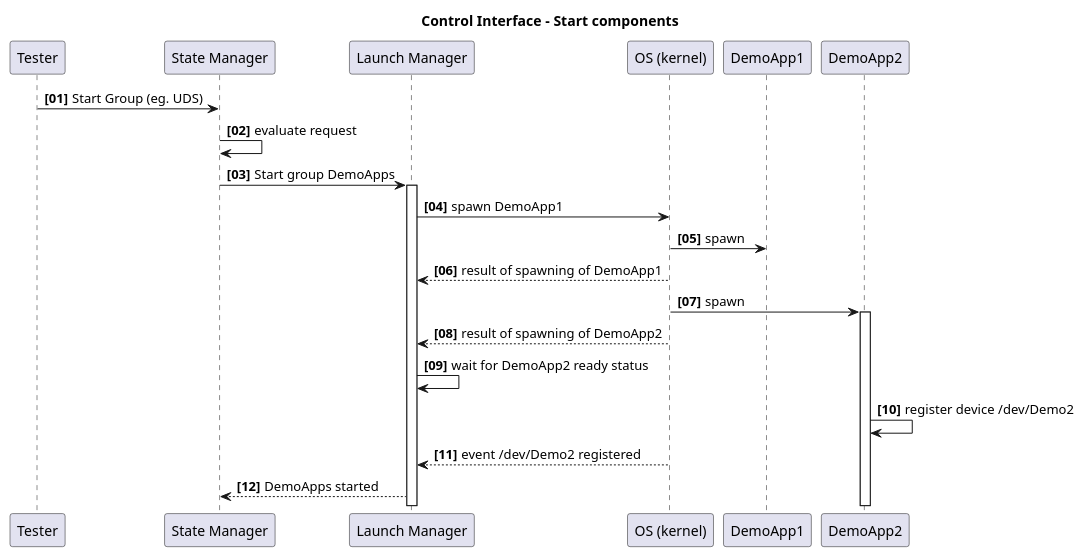
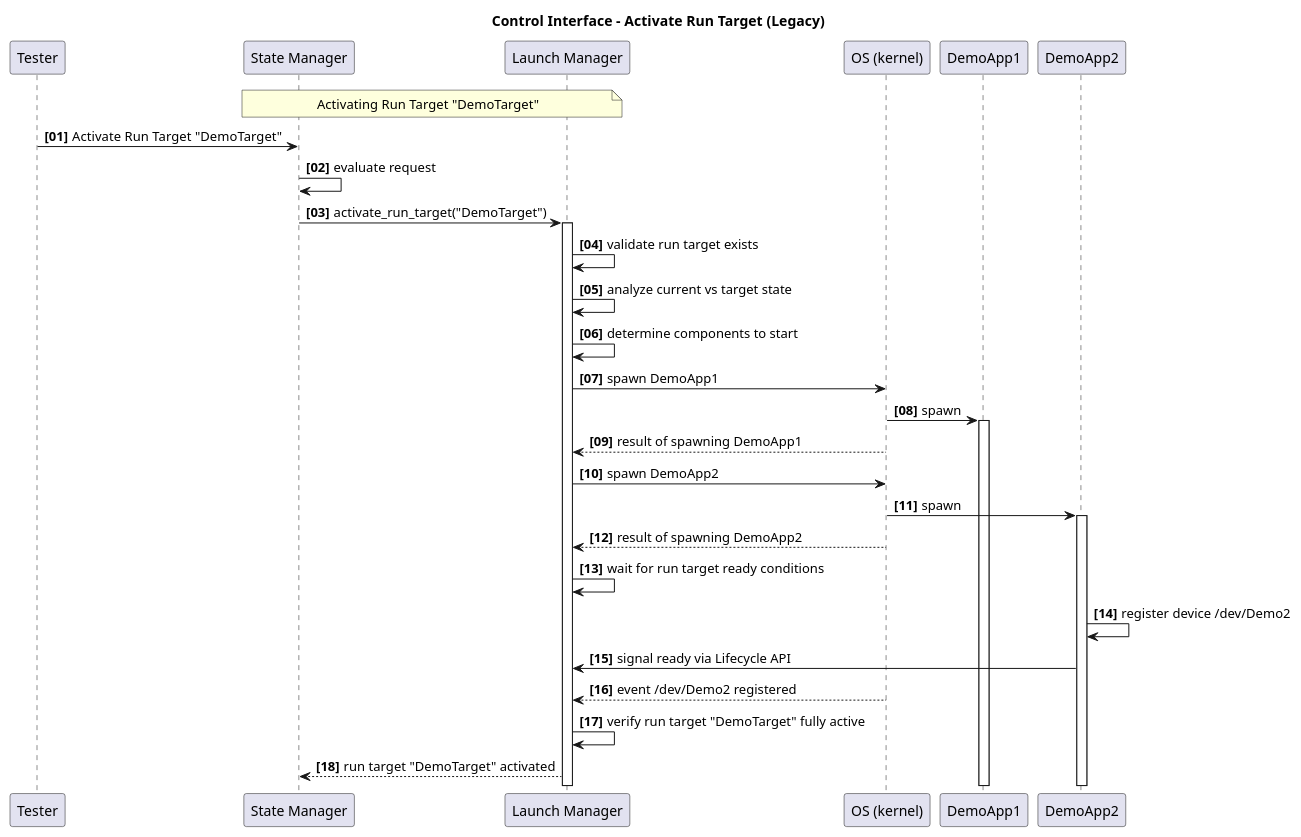
The diagram in docs/features/lifecycle/architecture/_assets/control_interface_start_sequence.puml (eclipse-score/score), drawn with PlantUML before and after one commit. The commit also changed 20 other files, not shown here.

```diff
--- a/docs/features/lifecycle/architecture/_assets/control_interface_start_sequence.puml
+++ b/docs/features/lifecycle/architecture/_assets/control_interface_start_sequence.puml
@@ -1,32 +1,42 @@
 @startuml
-title Control Interface - Start components
+title Control Interface - Activate Run Target (Legacy)
 
 autonumber "<b>[00]"
-
 
 participant "Tester" as Tester
 participant "State Manager" as SM
 participant "Launch Manager" as LM
 participant "OS (kernel)" as kernel
 participant "DemoApp1" as DemoApp1
 participant "DemoApp2" as DemoApp2
 
+note over SM, LM: Activating Run Target "DemoTarget"
 
+Tester -> SM: Activate Run Target "DemoTarget"
+SM -> SM: evaluate request
+SM -> LM: activate_run_target("DemoTarget")
+activate LM
 
-Tester -> SM: Start Group (eg. UDS)
-SM -> SM: evaluate request
-SM -> LM: Start group DemoApps
-activate LM
+LM -> LM: validate run target exists
+LM -> LM: analyze current vs target state
+LM -> LM: determine components to start
+
 LM -> kernel: spawn DemoApp1
 kernel -> DemoApp1: spawn
-kernel --> LM: result of spawning of DemoApp1
+activate DemoApp1
+kernel --> LM: result of spawning DemoApp1
+
+LM -> kernel: spawn DemoApp2
 kernel -> DemoApp2: spawn
 activate DemoApp2
-kernel --> LM: result of spawning of DemoApp2
+kernel --> LM: result of spawning DemoApp2
 
-LM -> LM: wait for DemoApp2 ready status
+LM -> LM: wait for run target ready conditions
 DemoApp2 -> DemoApp2: register device /dev/Demo2
+DemoApp2 -> LM: signal ready via Lifecycle API
 kernel --> LM: event /dev/Demo2 registered
-LM --> SM: DemoApps started
+
+LM -> LM: verify run target "DemoTarget" fully active
+LM --> SM: run target "DemoTarget" activated
 
 @enduml
```
